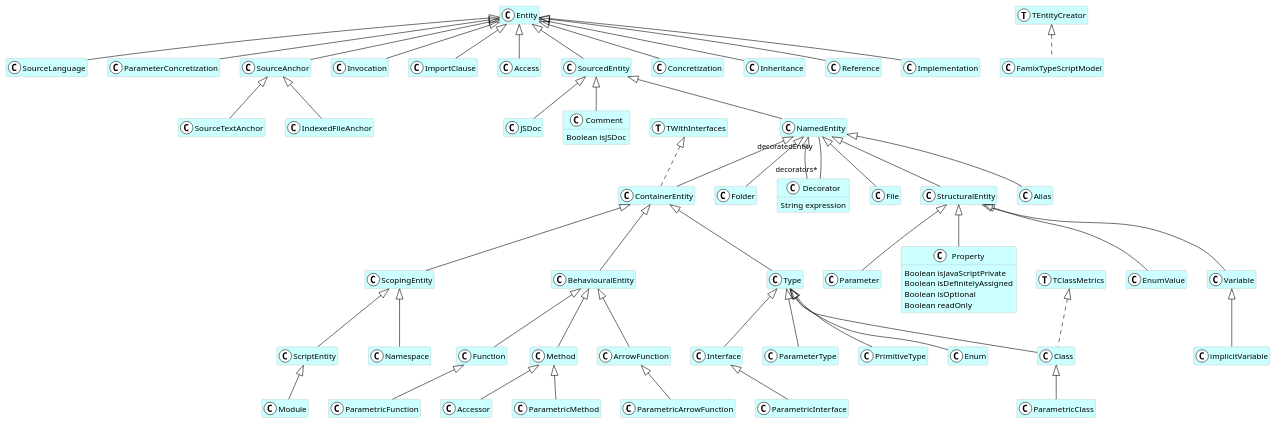
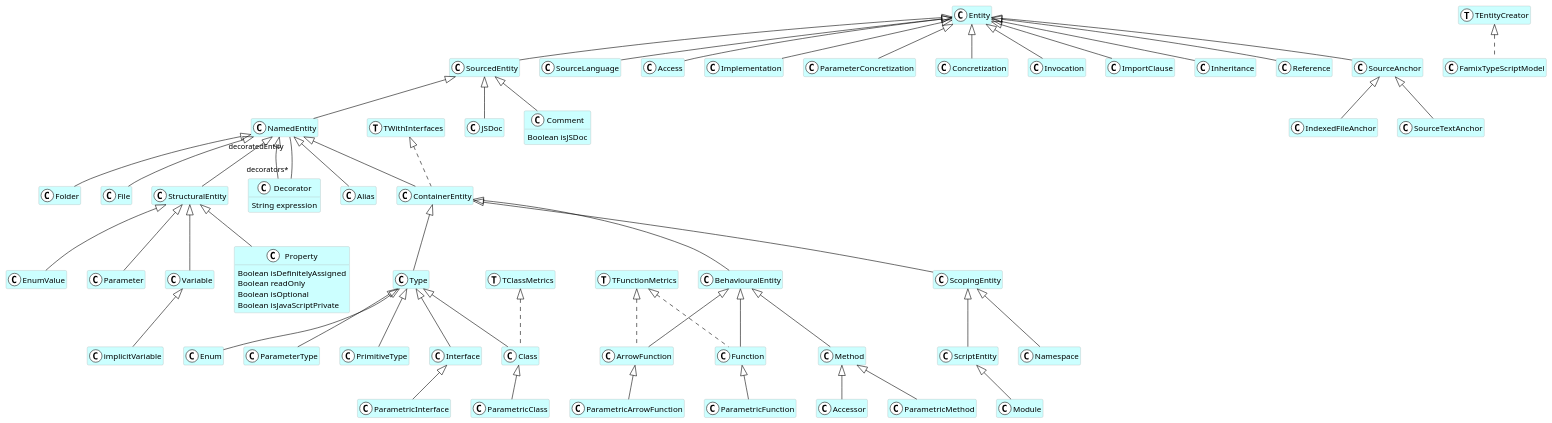
One commit to fuhrmanator/FamixTypeScript changed the diagram in doc-uml/FamixTypeScript.puml. Above: the diagram before and after it, drawn with PlantUML. The commit also changed 3 other files, not shown here.

```diff
--- a/doc-uml/FamixTypeScript.puml
+++ b/doc-uml/FamixTypeScript.puml
@@ -1,169 +1,173 @@
 @startuml
 hide empty members
 skinparam class {
   BackgroundColor white
   ArrowColor black
   BorderColor darkGray
 }
+class Parameter <<(C,white)>> #CCFFFF {
+}
+class Alias <<(C,white)>> #CCFFFF {
+}
+class Type <<(C,white)>> #CCFFFF {
+}
+class BehaviouralEntity <<(C,white)>> #CCFFFF {
+}
 class SourceLanguage <<(C,white)>> #CCFFFF {
 }
-class ParameterConcretization <<(C,white)>> #CCFFFF {
+class TEntityCreator <<(T,white)>> #CCFFFF {
 }
-class implicitVariable <<(C,white)>> #CCFFFF {
+class SourcedEntity <<(C,white)>> #CCFFFF {
 }
-class ParameterType <<(C,white)>> #CCFFFF {
+class ContainerEntity <<(C,white)>> #CCFFFF {
 }
-class SourceAnchor <<(C,white)>> #CCFFFF {
-}
-class JSDoc <<(C,white)>> #CCFFFF {
-}
-class Comment <<(C,white)>> #CCFFFF {
-  Boolean isJSDoc
+class Access <<(C,white)>> #CCFFFF {
 }
 class ParametricInterface <<(C,white)>> #CCFFFF {
 }
-class SourceTextAnchor <<(C,white)>> #CCFFFF {
-}
-class FamixTypeScriptModel <<(C,white)>> #CCFFFF {
-}
-class BehaviouralEntity <<(C,white)>> #CCFFFF {
-}
-class PrimitiveType <<(C,white)>> #CCFFFF {
-}
-class Parameter <<(C,white)>> #CCFFFF {
-}
-class Type <<(C,white)>> #CCFFFF {
-}
-class Alias <<(C,white)>> #CCFFFF {
-}
-class Entity <<(C,white)>> #CCFFFF {
-}
-class Namespace <<(C,white)>> #CCFFFF {
-}
-class ContainerEntity <<(C,white)>> #CCFFFF {
-}
-class Property <<(C,white)>> #CCFFFF {
-  Boolean isJavaScriptPrivate
-  Boolean isDefinitelyAssigned
-  Boolean isOptional
-  Boolean readOnly
-}
-class Enum <<(C,white)>> #CCFFFF {
-}
-class Interface <<(C,white)>> #CCFFFF {
-}
-class Folder <<(C,white)>> #CCFFFF {
-}
-class ParametricMethod <<(C,white)>> #CCFFFF {
-}
-class Invocation <<(C,white)>> #CCFFFF {
-}
-class ImportClause <<(C,white)>> #CCFFFF {
-}
-class NamedEntity <<(C,white)>> #CCFFFF {
-}
-class Variable <<(C,white)>> #CCFFFF {
-}
-class ParametricFunction <<(C,white)>> #CCFFFF {
+class TWithInterfaces <<(T,white)>> #CCFFFF {
 }
 class Decorator <<(C,white)>> #CCFFFF {
   String expression
 }
-class Access <<(C,white)>> #CCFFFF {
+class Function <<(C,white)>> #CCFFFF {
 }
-class Class <<(C,white)>> #CCFFFF {
+class Variable <<(C,white)>> #CCFFFF {
 }
-class TWithInterfaces <<(T,white)>> #CCFFFF {
+class Namespace <<(C,white)>> #CCFFFF {
 }
-class TEntityCreator <<(T,white)>> #CCFFFF {
+class Implementation <<(C,white)>> #CCFFFF {
 }
-class Method <<(C,white)>> #CCFFFF {
+class Folder <<(C,white)>> #CCFFFF {
+}
+class StructuralEntity <<(C,white)>> #CCFFFF {
+}
+class ScriptEntity <<(C,white)>> #CCFFFF {
+}
+class NamedEntity <<(C,white)>> #CCFFFF {
+}
+class JSDoc <<(C,white)>> #CCFFFF {
+}
+class ParameterConcretization <<(C,white)>> #CCFFFF {
 }
 class File <<(C,white)>> #CCFFFF {
 }
 class Module <<(C,white)>> #CCFFFF {
 }
+class ParametricClass <<(C,white)>> #CCFFFF {
+}
+class ParametricFunction <<(C,white)>> #CCFFFF {
+}
+class Method <<(C,white)>> #CCFFFF {
+}
+class PrimitiveType <<(C,white)>> #CCFFFF {
+}
+class implicitVariable <<(C,white)>> #CCFFFF {
+}
+class Property <<(C,white)>> #CCFFFF {
+  Boolean isDefinitelyAssigned
+  Boolean readOnly
+  Boolean isOptional
+  Boolean isJavaScriptPrivate
+}
+class Concretization <<(C,white)>> #CCFFFF {
+}
+class Invocation <<(C,white)>> #CCFFFF {
+}
+class FamixTypeScriptModel <<(C,white)>> #CCFFFF {
+}
+class ImportClause <<(C,white)>> #CCFFFF {
+}
+class ParametricMethod <<(C,white)>> #CCFFFF {
+}
+class Inheritance <<(C,white)>> #CCFFFF {
+}
+class Reference <<(C,white)>> #CCFFFF {
+}
+class Enum <<(C,white)>> #CCFFFF {
+}
 class IndexedFileAnchor <<(C,white)>> #CCFFFF {
+}
+class ScopingEntity <<(C,white)>> #CCFFFF {
+}
+class Comment <<(C,white)>> #CCFFFF {
+  Boolean isJSDoc
 }
 class EnumValue <<(C,white)>> #CCFFFF {
 }
-class SourcedEntity <<(C,white)>> #CCFFFF {
+class Accessor <<(C,white)>> #CCFFFF {
+}
+class SourceTextAnchor <<(C,white)>> #CCFFFF {
 }
 class TClassMetrics <<(T,white)>> #CCFFFF {
 }
-class ArrowFunction <<(C,white)>> #CCFFFF {
-}
-class Concretization <<(C,white)>> #CCFFFF {
-}
-class Inheritance <<(C,white)>> #CCFFFF {
-}
-class StructuralEntity <<(C,white)>> #CCFFFF {
-}
-class Accessor <<(C,white)>> #CCFFFF {
-}
-class Reference <<(C,white)>> #CCFFFF {
-}
-class ScriptEntity <<(C,white)>> #CCFFFF {
-}
-class Implementation <<(C,white)>> #CCFFFF {
-}
-class ScopingEntity <<(C,white)>> #CCFFFF {
-}
-class ParametricClass <<(C,white)>> #CCFFFF {
-}
-class Function <<(C,white)>> #CCFFFF {
+class Entity <<(C,white)>> #CCFFFF {
 }
 class ParametricArrowFunction <<(C,white)>> #CCFFFF {
 }
+class Class <<(C,white)>> #CCFFFF {
+}
+class TFunctionMetrics <<(T,white)>> #CCFFFF {
+}
+class ParameterType <<(C,white)>> #CCFFFF {
+}
+class Interface <<(C,white)>> #CCFFFF {
+}
+class ArrowFunction <<(C,white)>> #CCFFFF {
+}
+class SourceAnchor <<(C,white)>> #CCFFFF {
+}
+StructuralEntity <|-- Parameter
+NamedEntity <|-- Alias
+ContainerEntity <|-- Type
+ContainerEntity <|-- BehaviouralEntity
 Entity <|-- SourceLanguage
+Entity <|-- SourcedEntity
+NamedEntity <|-- ContainerEntity
+Entity <|-- Access
+Interface <|-- ParametricInterface
+NamedEntity <|-- Decorator
+BehaviouralEntity <|-- Function
+StructuralEntity <|-- Variable
+ScopingEntity <|-- Namespace
+Entity <|-- Implementation
+NamedEntity <|-- Folder
+NamedEntity <|-- StructuralEntity
+ScopingEntity <|-- ScriptEntity
+SourcedEntity <|-- NamedEntity
+SourcedEntity <|-- JSDoc
+NamedEntity <|-- File
 Entity <|-- ParameterConcretization
+ScriptEntity <|-- Module
+Class <|-- ParametricClass
+Function <|-- ParametricFunction
+BehaviouralEntity <|-- Method
+Type <|-- PrimitiveType
+StructuralEntity <|-- Property
+Entity <|-- Concretization
+Entity <|-- Invocation
+Variable <|-- implicitVariable
+Entity <|-- ImportClause
+Method <|-- ParametricMethod
+Entity <|-- Inheritance
+Entity <|-- Reference
+Type <|-- Enum
+ContainerEntity <|-- ScopingEntity
+SourceAnchor <|-- IndexedFileAnchor
+SourcedEntity <|-- Comment
+StructuralEntity <|-- EnumValue
+SourceAnchor <|-- SourceTextAnchor
+ArrowFunction <|-- ParametricArrowFunction
+Method <|-- Accessor
+Type <|-- Class
 Type <|-- ParameterType
-Variable <|-- implicitVariable
+Type <|-- Interface
+BehaviouralEntity <|-- ArrowFunction
 Entity <|-- SourceAnchor
-SourcedEntity <|-- JSDoc
-SourcedEntity <|-- Comment
-Interface <|-- ParametricInterface
-SourceAnchor <|-- SourceTextAnchor
-ContainerEntity <|-- BehaviouralEntity
-Type <|-- PrimitiveType
-NamedEntity <|-- Alias
-StructuralEntity <|-- Parameter
-ContainerEntity <|-- Type
-NamedEntity <|-- ContainerEntity
-ScopingEntity <|-- Namespace
-StructuralEntity <|-- Property
-Type <|-- Enum
-Type <|-- Interface
-NamedEntity <|-- Folder
-Entity <|-- Invocation
-SourcedEntity <|-- NamedEntity
-Method <|-- ParametricMethod
-Entity <|-- ImportClause
-StructuralEntity <|-- Variable
-Function <|-- ParametricFunction
-NamedEntity <|-- Decorator
-Entity <|-- Access
-Type <|-- Class
-BehaviouralEntity <|-- Method
-NamedEntity <|-- File
-ScriptEntity <|-- Module
-SourceAnchor <|-- IndexedFileAnchor
-Entity <|-- SourcedEntity
-BehaviouralEntity <|-- ArrowFunction
-Entity <|-- Concretization
-StructuralEntity <|-- EnumValue
-Entity <|-- Inheritance
-NamedEntity <|-- StructuralEntity
-Method <|-- Accessor
-Entity <|-- Reference
-ScopingEntity <|-- ScriptEntity
-Entity <|-- Implementation
-ContainerEntity <|-- ScopingEntity
-Class <|-- ParametricClass
-BehaviouralEntity <|-- Function
-ArrowFunction <|-- ParametricArrowFunction
+TWithInterfaces <|.. ContainerEntity
+TFunctionMetrics <|.. Function
 TEntityCreator <|.. FamixTypeScriptModel
-TWithInterfaces <|.. ContainerEntity
 TClassMetrics <|.. Class
-NamedEntity "decoratedEntity" -- "decorators*" Decorator
+TFunctionMetrics <|.. ArrowFunction
+Decorator "decorators*" -- "decoratedEntity" NamedEntity
 @enduml
```
